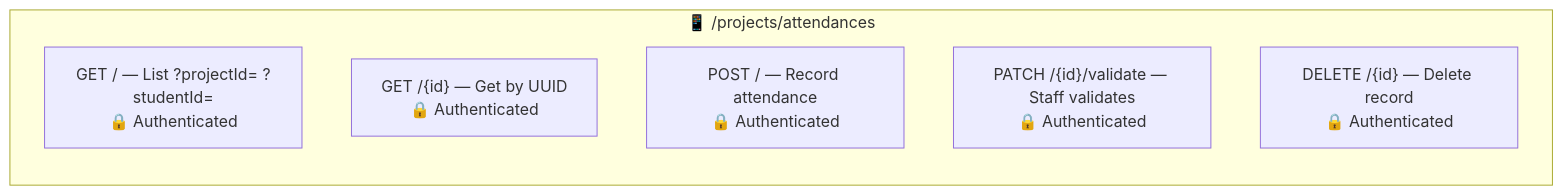
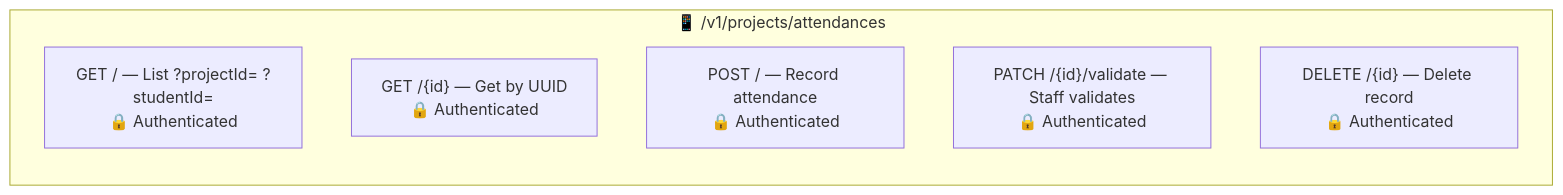
One commit to Plataforma-Universidade-Gratuita/pug-service changed the fifth of 9 diagrams in src/main/java/br/org/catolicasc/pug/project/README.md. Above: the diagram before and after it, drawn with Mermaid. The commit also changed other lines of this file and 137 other files, not shown here.

````diff
--- a/src/main/java/br/org/catolicasc/pug/project/README.md
+++ b/src/main/java/br/org/catolicasc/pug/project/README.md
@@ -199,11 +199,11 @@
 ```mermaid
 graph LR
-    subgraph Attendances["📱 /projects/attendances"]
+    subgraph Attendances["📱 /v1/projects/attendances"]
         direction TB
         GET_LIST["GET / — List ?projectId= ?studentId=<br/>🔒 Authenticated"]
         GET_ID["GET /{id} — Get by UUID<br/>🔒 Authenticated"]
         POST["POST / — Record attendance<br/>🔒 Authenticated"]
         PATCH["PATCH /{id}/validate — Staff validates<br/>🔒 Authenticated"]
         DELETE["DELETE /{id} — Delete record<br/>🔒 Authenticated"]
     end
 ```
````
